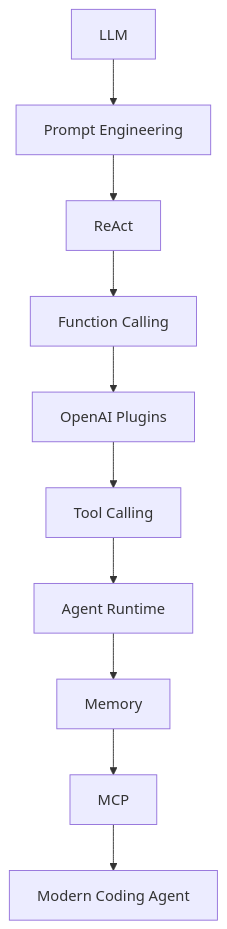
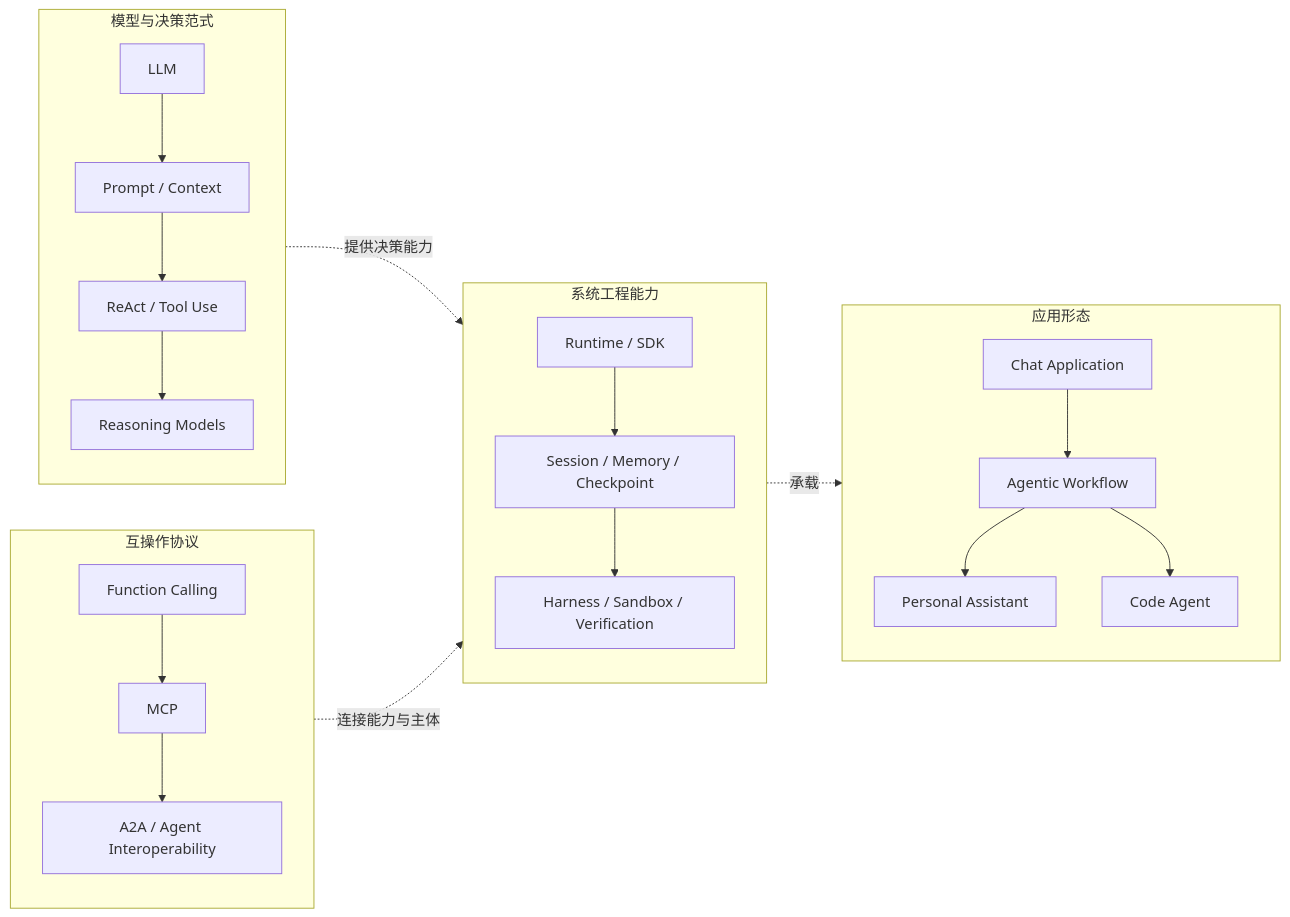
The first of 4 diagrams in docs/chapters/01-introduction/README.md (dollarser/modern-ai-agent-architecture), drawn with Mermaid before and after one commit. The commit also changed other lines of this file and 1 other file, not shown here.

Commit message:
Update agent foundations for current ecosystems

````diff
--- a/docs/chapters/01-introduction/README.md
+++ b/docs/chapters/01-introduction/README.md
@@ -111,12 +115,24 @@
 ```mermaid
-flowchart TD
-    A[LLM] --> B[Prompt Engineering]
-    B --> E[ReAct]
-    E --> C[Function Calling]
-    C --> D[OpenAI Plugins]
-    D --> F[Tool Calling]
-    F --> G[Agent Runtime]
-    G --> H[Memory]
-    H --> I[MCP]
-    I --> J[Modern Coding Agent]
+flowchart LR
+    subgraph Model[模型与决策范式]
+        LLM[LLM] --> Prompt[Prompt / Context]
+        Prompt --> ReAct[ReAct / Tool Use]
+        ReAct --> Reasoning[Reasoning Models]
+    end
+    subgraph System[系统工程能力]
+        Runtime[Runtime / SDK] --> State[Session / Memory / Checkpoint]
+        State --> Harness[Harness / Sandbox / Verification]
+    end
+    subgraph Interop[互操作协议]
+        FC[Function Calling] --> MCP[MCP]
+        MCP --> A2A[A2A / Agent Interoperability]
+    end
+    subgraph Products[应用形态]
+        Chat[Chat Application] --> Workflow[Agentic Workflow]
+        Workflow --> Assistant[Personal Assistant]
+        Workflow --> Code[Code Agent]
+    end
+    Model -.提供决策能力.-> System
+    System -.承载.-> Products
+    Interop -.连接能力与主体.-> System
 ```
````
